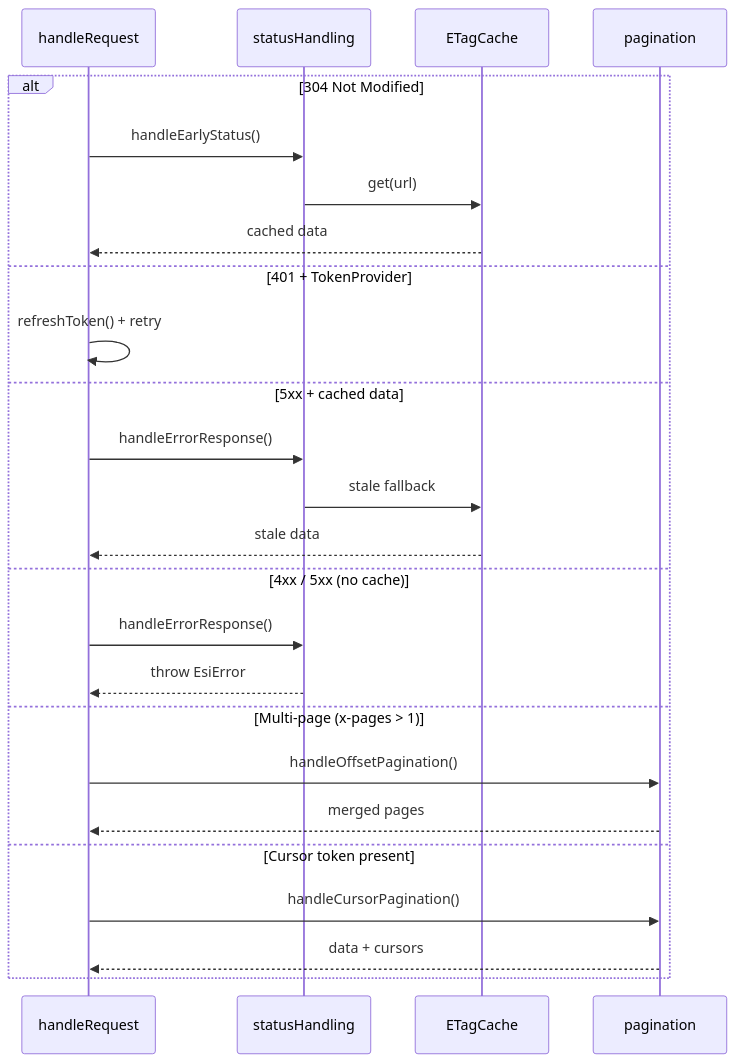
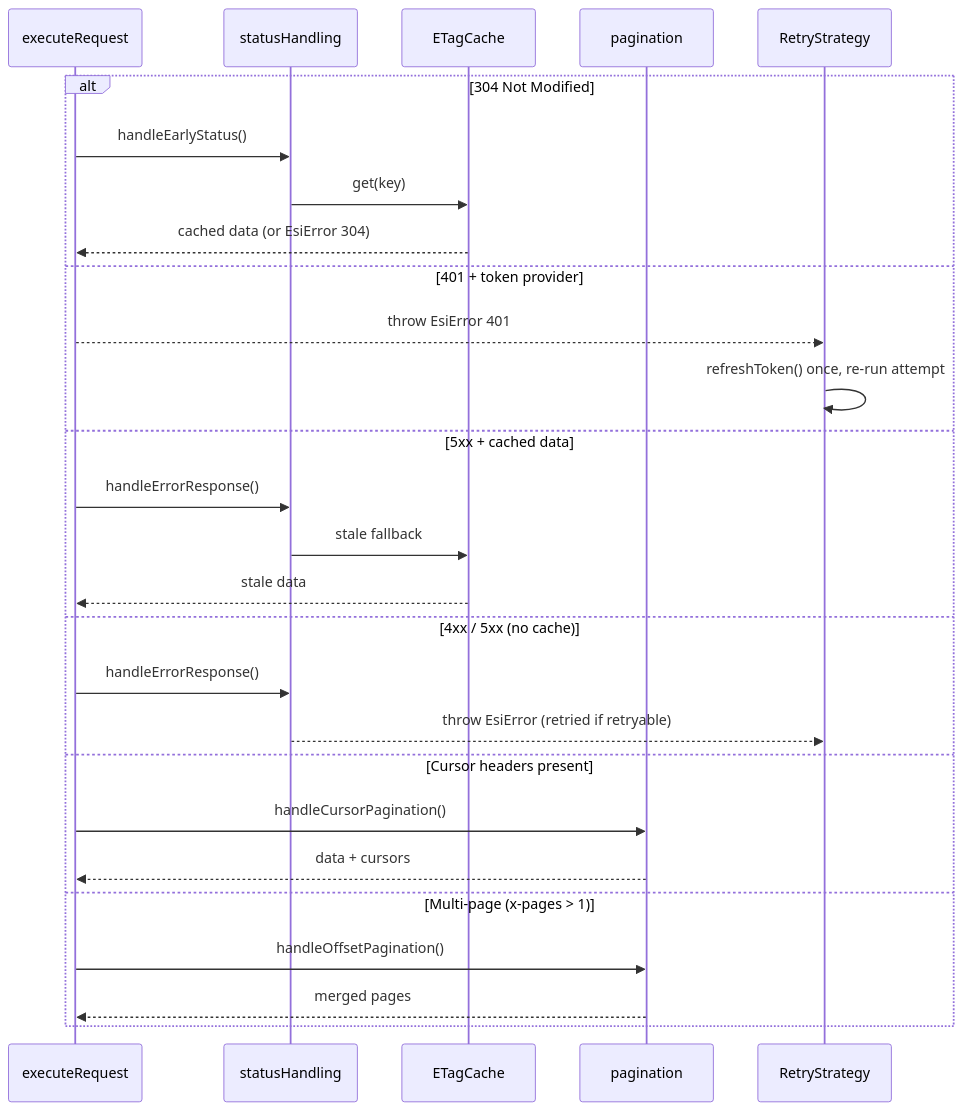
One commit to lgriffin/ESI.ts changed the seventh of 14 diagrams in guides/ARCHITECTURE.md. Above: the diagram before and after it, drawn with Mermaid. The commit also changed other lines of this file and 17 other files, not shown here.

First line of the commit message:
docs(guides): write the charter guides and retire docs/

````diff
--- a/guides/ARCHITECTURE.md
+++ b/guides/ARCHITECTURE.md
@@ -408,28 +429,30 @@
 ```mermaid
 sequenceDiagram
-    participant HR as handleRequest
+    participant HR as executeRequest
     participant SH as statusHandling
     participant Cache as ETagCache
     participant PO as pagination
+    participant RS as RetryStrategy
 
     alt 304 Not Modified
         HR->>SH: handleEarlyStatus()
-        SH->>Cache: get(url)
-        Cache-->>HR: cached data
-    else 401 + TokenProvider
-        HR->>HR: refreshToken() + retry
+        SH->>Cache: get(key)
+        Cache-->>HR: cached data (or EsiError 304)
+    else 401 + token provider
+        HR-->>RS: throw EsiError 401
+        RS->>RS: refreshToken() once, re-run attempt
     else 5xx + cached data
         HR->>SH: handleErrorResponse()
         SH->>Cache: stale fallback
         Cache-->>HR: stale data
     else 4xx / 5xx (no cache)
         HR->>SH: handleErrorResponse()
-        SH-->>HR: throw EsiError
+        SH-->>RS: throw EsiError (retried if retryable)
+    else Cursor headers present
+        HR->>PO: handleCursorPagination()
+        PO-->>HR: data + cursors
     else Multi-page (x-pages > 1)
         HR->>PO: handleOffsetPagination()
         PO-->>HR: merged pages
-    else Cursor token present
-        HR->>PO: handleCursorPagination()
-        PO-->>HR: data + cursors
     end
 ```
````
